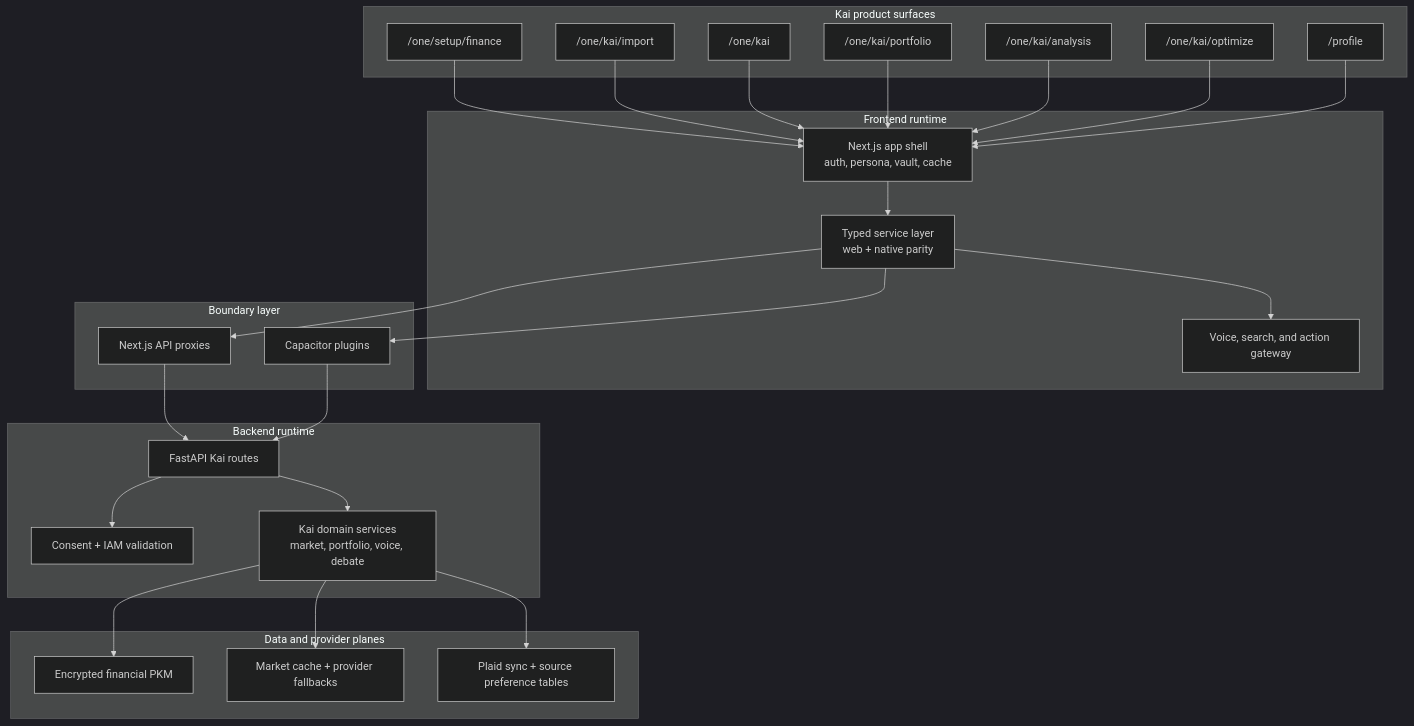
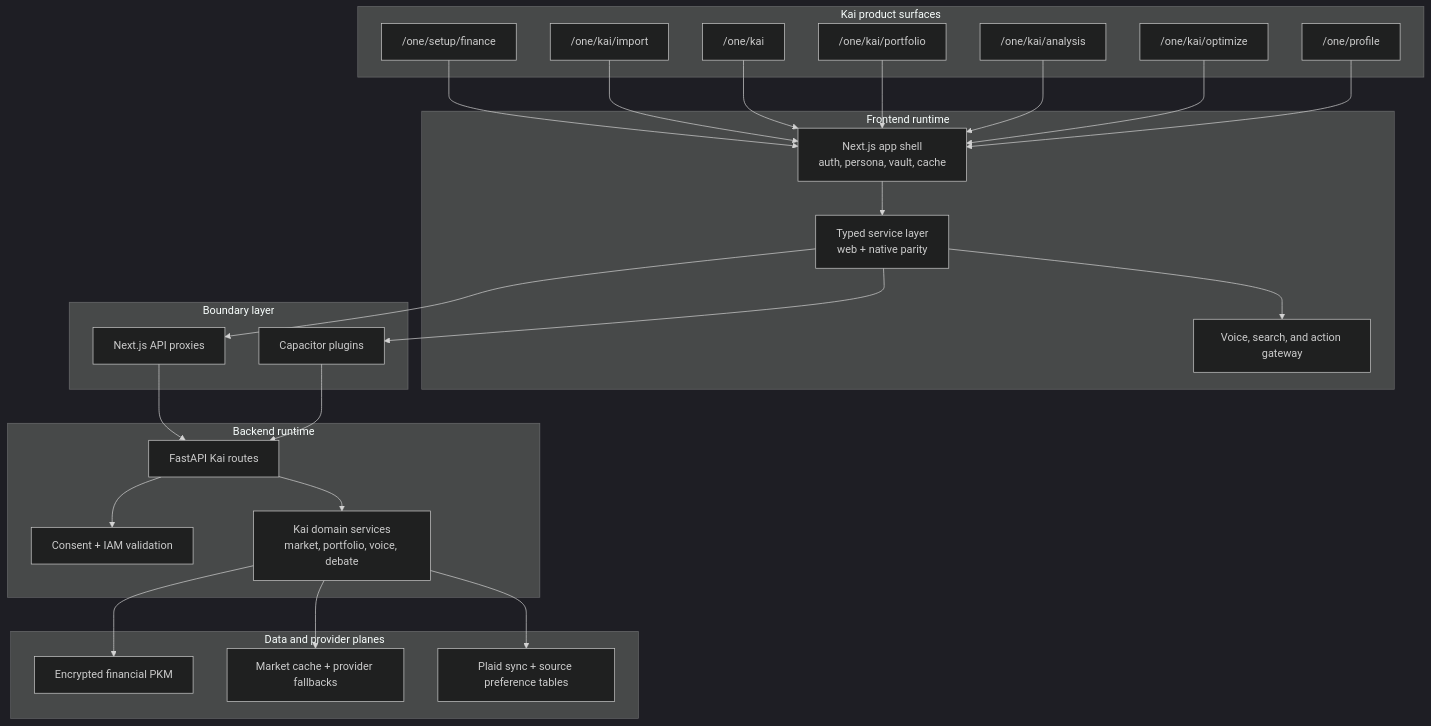
One commit to hushh-labs/hushh-research changed the diagram in docs/reference/kai/kai-architecture-specification-v1.md. Above: the diagram before and after it, drawn with Mermaid (dark theme). The commit also changed other lines of this file and 197 other files, not shown here.

````diff
--- a/docs/reference/kai/kai-architecture-specification-v1.md
+++ b/docs/reference/kai/kai-architecture-specification-v1.md
@@ -7,53 +7,53 @@
 ```mermaid
 flowchart TB
   subgraph surfaces["Kai product surfaces"]
     onboarding["/one/setup/finance"]
     import["/one/kai/import"]
     home["/one/kai"]
     portfolio["/one/kai/portfolio"]
     analysis["/one/kai/analysis"]
     optimize["/one/kai/optimize"]
-    profile["/profile"]
+    profile["/one/profile"]
   end
 
   subgraph frontend["Frontend runtime"]
     shell["Next.js app shell<br/>auth, persona, vault, cache"]
     services["Typed service layer<br/>web + native parity"]
     action["Voice, search, and action gateway"]
   end
 
   subgraph boundary["Boundary layer"]
     next["Next.js API proxies"]
     native["Capacitor plugins"]
   end
 
   subgraph backend["Backend runtime"]
     routes["FastAPI Kai routes"]
     policy["Consent + IAM validation"]
     domain["Kai domain services<br/>market, portfolio, voice, debate"]
   end
 
   subgraph data["Data and provider planes"]
     pkm["Encrypted financial PKM"]
     cache["Market cache + provider fallbacks"]
     plaid["Plaid sync + source preference tables"]
   end
 
   onboarding --> shell
   import --> shell
   home --> shell
   portfolio --> shell
   analysis --> shell
   optimize --> shell
   profile --> shell
   shell --> services --> action
   services --> next
   services --> native
   next --> routes
   native --> routes
   routes --> policy
   routes --> domain
   domain --> pkm
   domain --> cache
   domain --> plaid
 ```
````
